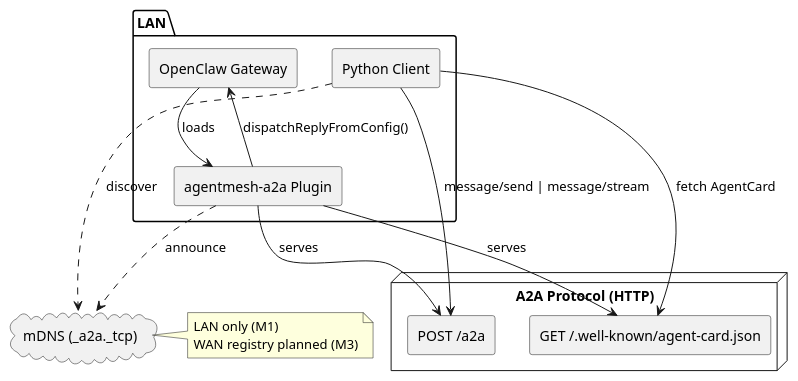
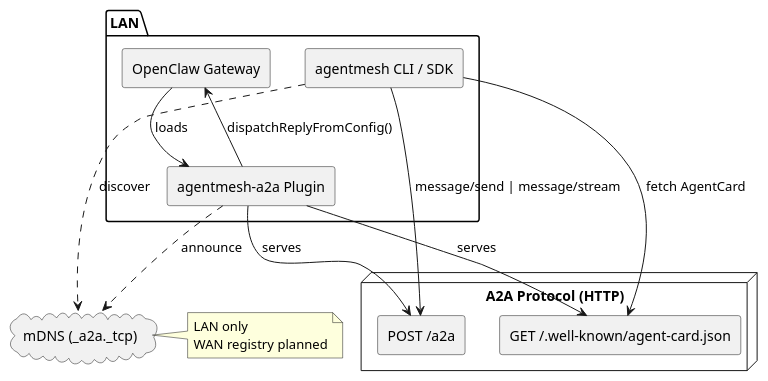
The first of 2 diagrams in README.md (clarkzhao/AgentMesh), drawn with PlantUML before and after one commit. The commit also changed other lines of this file and 2 other files, not shown here.

First line of the commit message:
docs: rewrite READMEs — simplify, remove milestones, emphasize CLI

````diff
--- a/README.md
+++ b/README.md
@@ -28,34 +239,34 @@
 ```plantuml
 @startuml
 skinparam componentStyle rectangle
 
 package "LAN" {
   [OpenClaw Gateway] as OC
   [agentmesh-a2a Plugin] as Plugin
-  [Python Client] as PyClient
+  [agentmesh CLI / SDK] as Client
 
   OC --> Plugin : loads
   Plugin --> OC : dispatchReplyFromConfig()
 }
 
 cloud "mDNS (_a2a._tcp)" as MDNS
 
 Plugin ..> MDNS : announce
-PyClient ..> MDNS : discover
+Client ..> MDNS : discover
 
 node "A2A Protocol (HTTP)" {
   [GET /.well-known/agent-card.json] as CardEP
   [POST /a2a] as A2aEP
 }
 
 Plugin --> CardEP : serves
 Plugin --> A2aEP : serves
-PyClient --> CardEP : fetch AgentCard
-PyClient --> A2aEP : message/send | message/stream
+Client --> CardEP : fetch AgentCard
+Client --> A2aEP : message/send | message/stream
 
 note right of MDNS
-  LAN only (M1)
-  WAN registry planned (M3)
+  LAN only
+  WAN registry planned
 end note
 @enduml
 ```
````
